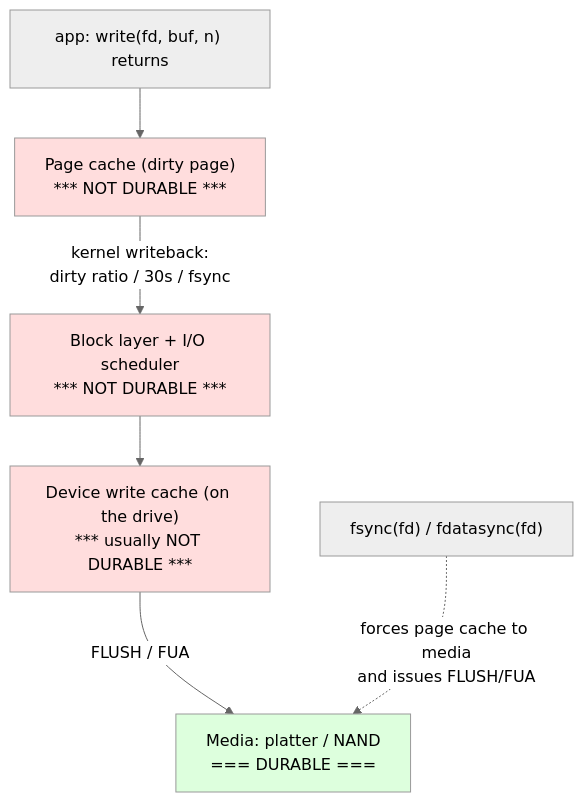
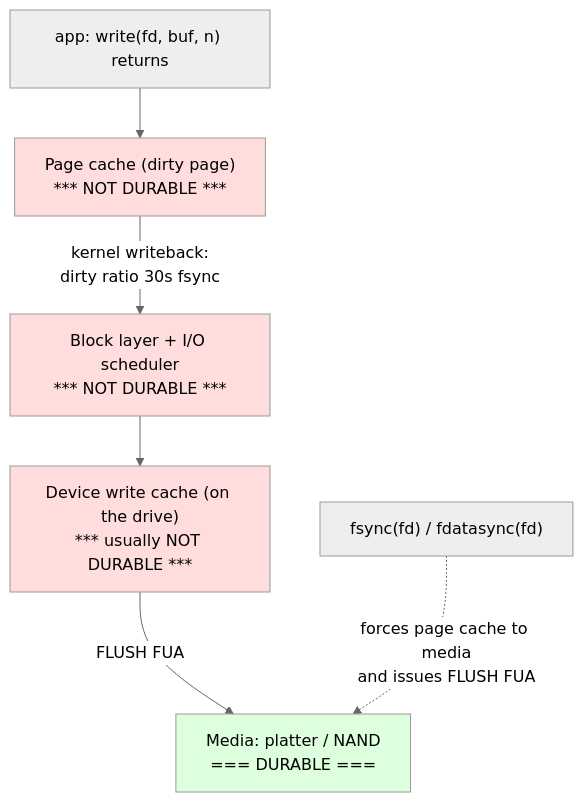
The sixth of 7 diagrams in vol-02-operating-systems-linux/ch06-filesystems-vfs.md (bumbsclaw/textbooks), drawn with Mermaid (neutral theme) before and after one commit. The commit also changed other lines of this file and 173 other files, not shown here.

First line of the commit message:
fix(mermaid): close note brackets, semicolons in Notes, stateDiagram br -> dash, edge parens

````diff
--- a/vol-02-operating-systems-linux/ch06-filesystems-vfs.md
+++ b/vol-02-operating-systems-linux/ch06-filesystems-vfs.md
@@ -435,12 +435,12 @@
 ```mermaid
 flowchart TB
     APP["app: write(fd, buf, n) returns"] --> PC["Page cache (dirty page)<br/>*** NOT DURABLE ***"]
-    PC -->|kernel writeback:<br/>dirty ratio / 30s / fsync| BL["Block layer + I/O scheduler<br/>*** NOT DURABLE ***"]
+    PC -->|kernel writeback:<br >dirty ratio 30s fsync| BL["Block layer + I/O scheduler<br/>*** NOT DURABLE ***"]
     BL --> DC["Device write cache (on the drive)<br/>*** usually NOT DURABLE ***"]
-    DC -->|FLUSH / FUA| MEDIA["Media: platter / NAND<br/>=== DURABLE ==="]
-    FS["fsync(fd) / fdatasync(fd)"] -.->|forces page cache to media<br/>and issues FLUSH/FUA| MEDIA
+    DC -->|FLUSH FUA| MEDIA["Media: platter / NAND<br/>=== DURABLE ==="]
+    FS["fsync(fd) / fdatasync(fd)"] -.->|forces page cache to media<br >and issues FLUSH FUA| MEDIA
     style PC fill:#fdd
     style BL fill:#fdd
     style DC fill:#fdd
     style MEDIA fill:#dfd
 ```
````
